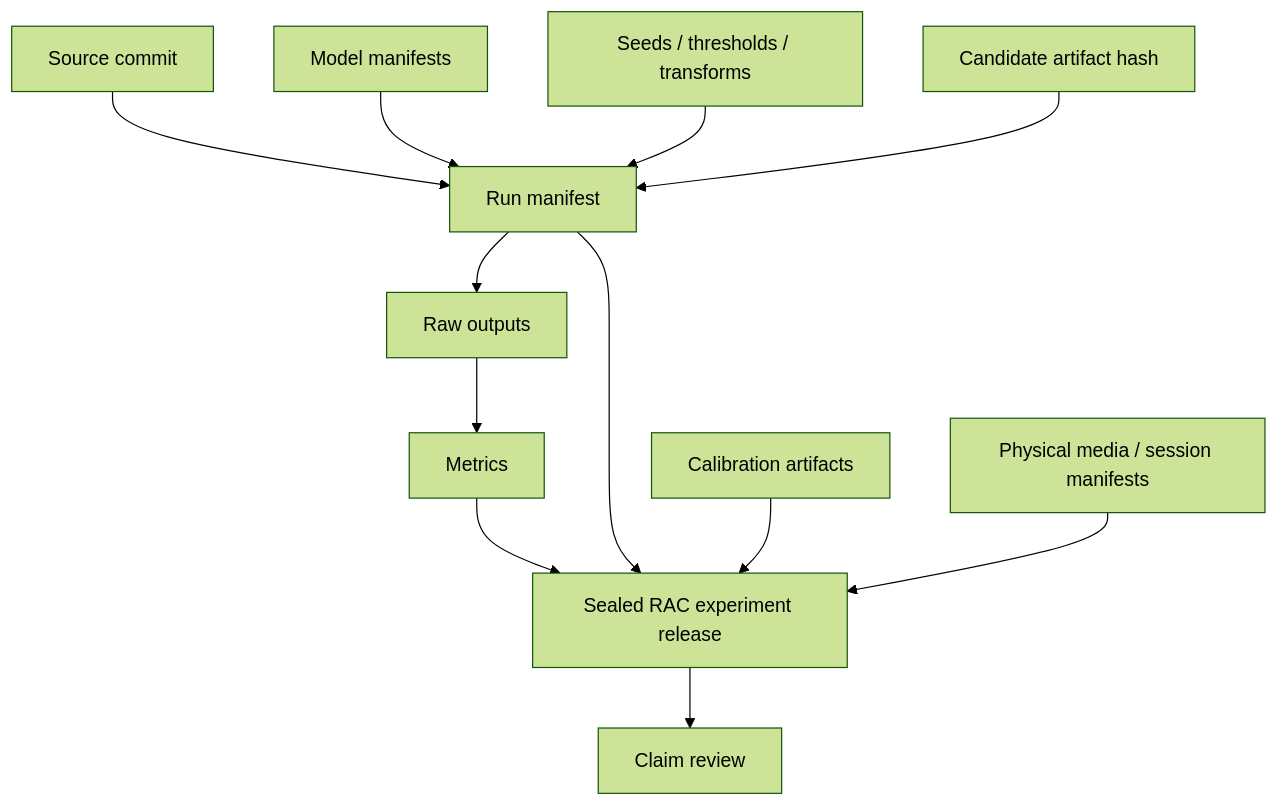
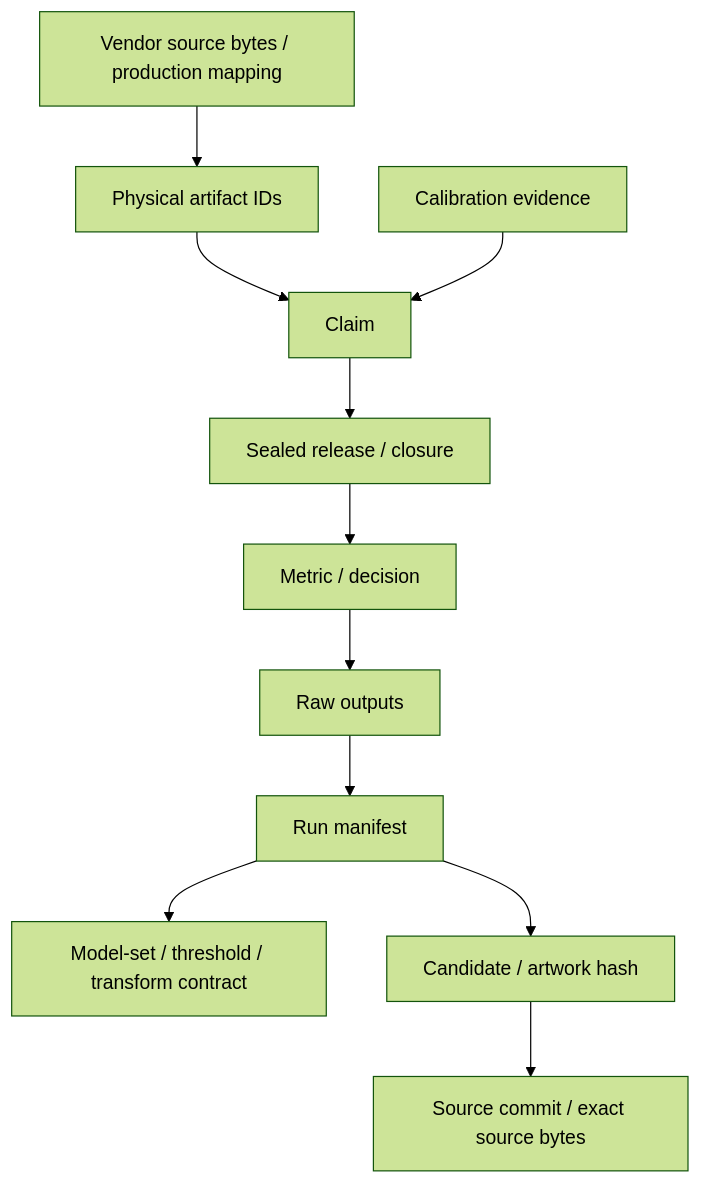
Diagram 12 of 13 in docs/DIAGRAMS.md (ninja-ops-guy/adversarial-clothing-pipeline), drawn with Mermaid (forest theme) before and after one commit. The commit also changed other lines of this file, not shown here.

Commit message:
docs: refresh RAC diagrams for current lineage and P1 path

````diff
--- a/docs/DIAGRAMS.md
+++ b/docs/DIAGRAMS.md
@@ -212,14 +252,13 @@
 ```mermaid
 flowchart TD
-    CODE[Source commit] --> RUN[Run manifest]
-    MODELS[Model manifests] --> RUN
-    CFG[Seeds / thresholds / transforms] --> RUN
-    ART[Candidate artifact hash] --> RUN
-    RUN --> RAW[Raw outputs]
-    RAW --> MET[Metrics]
-    MET --> REL[Sealed RAC experiment release]
-    RUN --> REL
-    CAL[Calibration artifacts] --> REL
-    MEDIA[Physical media / session manifests] --> REL
-    REL --> CLAIM[Claim review]
+    CLAIM[Claim] --> REL[Sealed release / closure]
+    REL --> MET[Metric / decision]
+    MET --> RAW[Raw outputs]
+    RAW --> RUN[Run manifest]
+    RUN --> MOD[Model-set / threshold / transform contract]
+    RUN --> ART[Candidate / artwork hash]
+    ART --> SRC[Source commit / exact source bytes]
+    PHYS[Physical artifact IDs] --> CLAIM
+    CAL[Calibration evidence] --> CLAIM
+    VEN[Vendor source bytes / production mapping] --> PHYS
 ```
````
